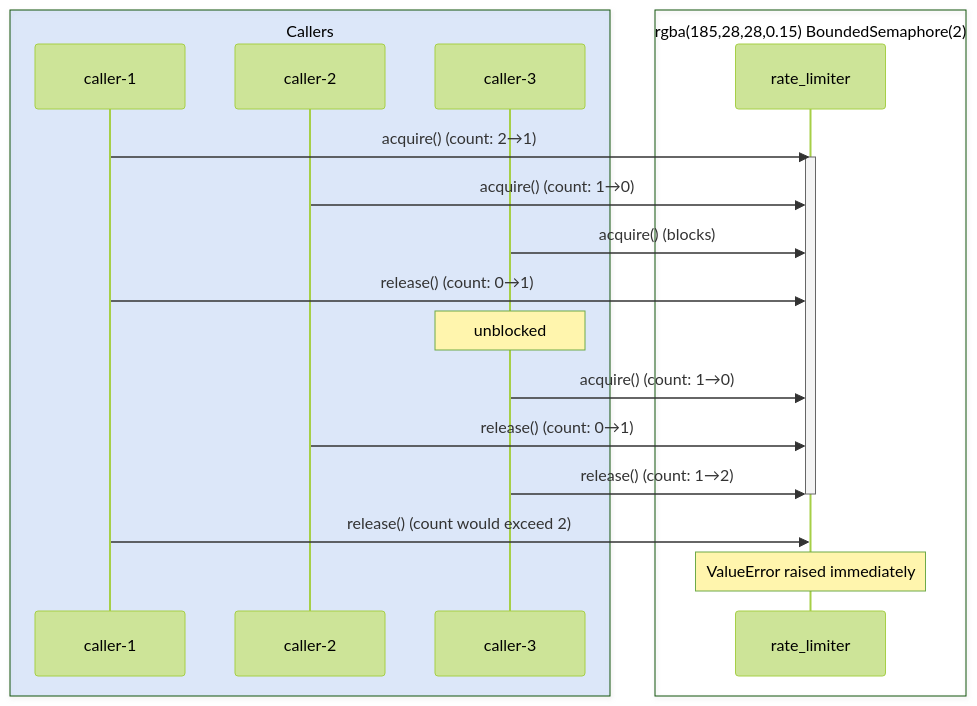
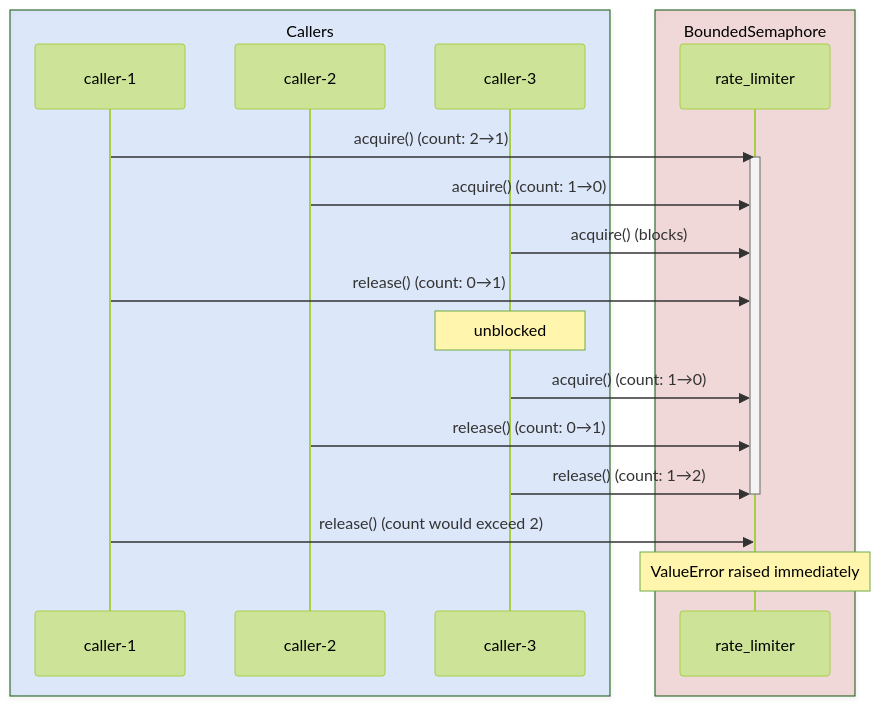
The seventh of 18 diagrams in content/posts/blanket-deterministic-threading/index.md (gaborbernat/bernat-tech), drawn with Mermaid (forest theme) before and after one commit. The commit also changed other lines of this file, not shown here.

Commit message:
Fix box labels: remove parenthesized suffixes that break Mermaid 11.15 parser

````diff
--- a/content/posts/blanket-deterministic-threading/index.md
+++ b/content/posts/blanket-deterministic-threading/index.md
@@ -407,24 +407,24 @@
 ```mermaid
 sequenceDiagram
     box rgba(59,130,246,0.15) Callers
         participant C1 as caller-1
         participant C2 as caller-2
         participant C3 as caller-3
     end
-    box rgba(185,28,28,0.15) BoundedSemaphore(2)
+    box rgba(185,28,28,0.15) BoundedSemaphore
         participant BS as rate_limiter
     end
 
     C1->>BS: acquire() (count: 2→1)
     activate BS
     C2->>BS: acquire() (count: 1→0)
     C3->>BS: acquire() (blocks)
     C1->>BS: release() (count: 0→1)
     Note over C3: unblocked
     C3->>BS: acquire() (count: 1→0)
     C2->>BS: release() (count: 0→1)
     C3->>BS: release() (count: 1→2)
     deactivate BS
     C1->>BS: release() (count would exceed 2)
     Note over BS: ValueError raised immediately
 ```
````
